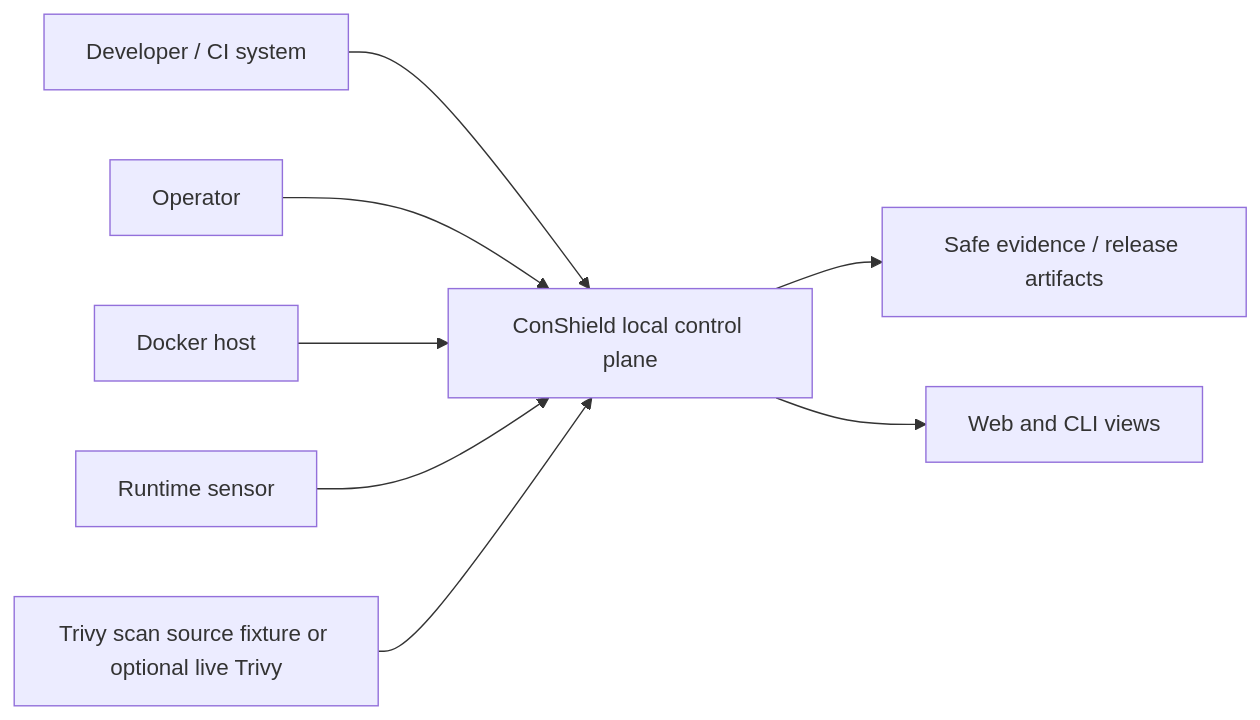
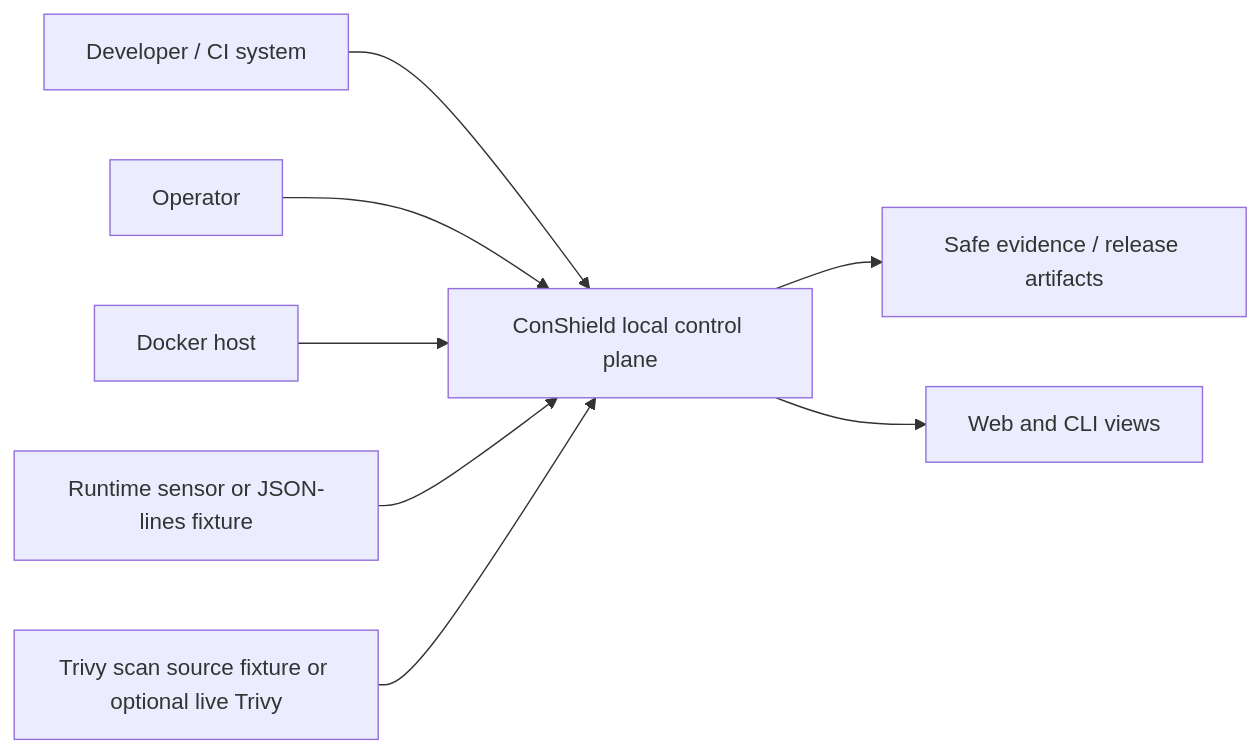
The first of 4 diagrams in docs/DATA_FLOW_MODEL.md (Vieyd/ConShield), drawn with Mermaid before and after one commit. The commit also changed other lines of this file and 18 other files, not shown here.

Commit message:
Add runtime sensor stream collector

````diff
--- a/docs/DATA_FLOW_MODEL.md
+++ b/docs/DATA_FLOW_MODEL.md
@@ -53,10 +53,10 @@
 ```mermaid
 flowchart LR
     CI["Developer / CI system"] --> CS["ConShield local control plane"]
     Operator["Operator"] --> CS
     Docker["Docker host"] --> CS
-    Sensor["Runtime sensor"] --> CS
+    Sensor["Runtime sensor or JSON-lines fixture"] --> CS
     Trivy["Trivy scan source fixture or optional live Trivy"] --> CS
     CS --> Evidence["Safe evidence / release artifacts"]
     CS --> Views["Web and CLI views"]
 ```
````
